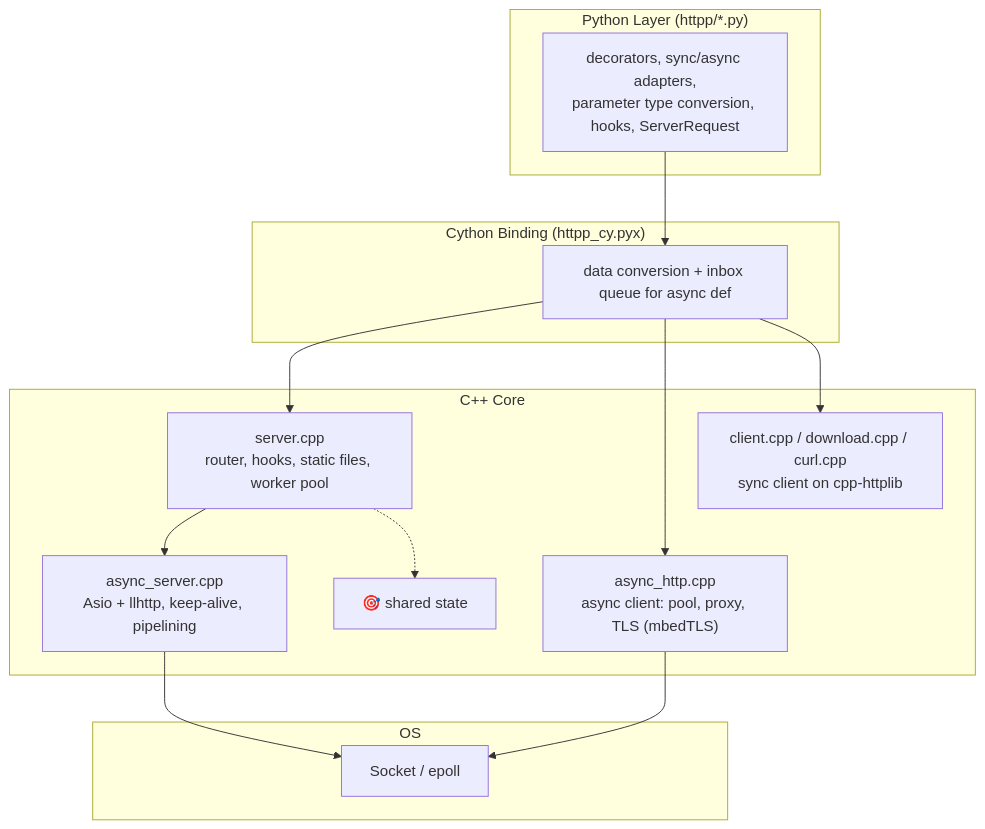
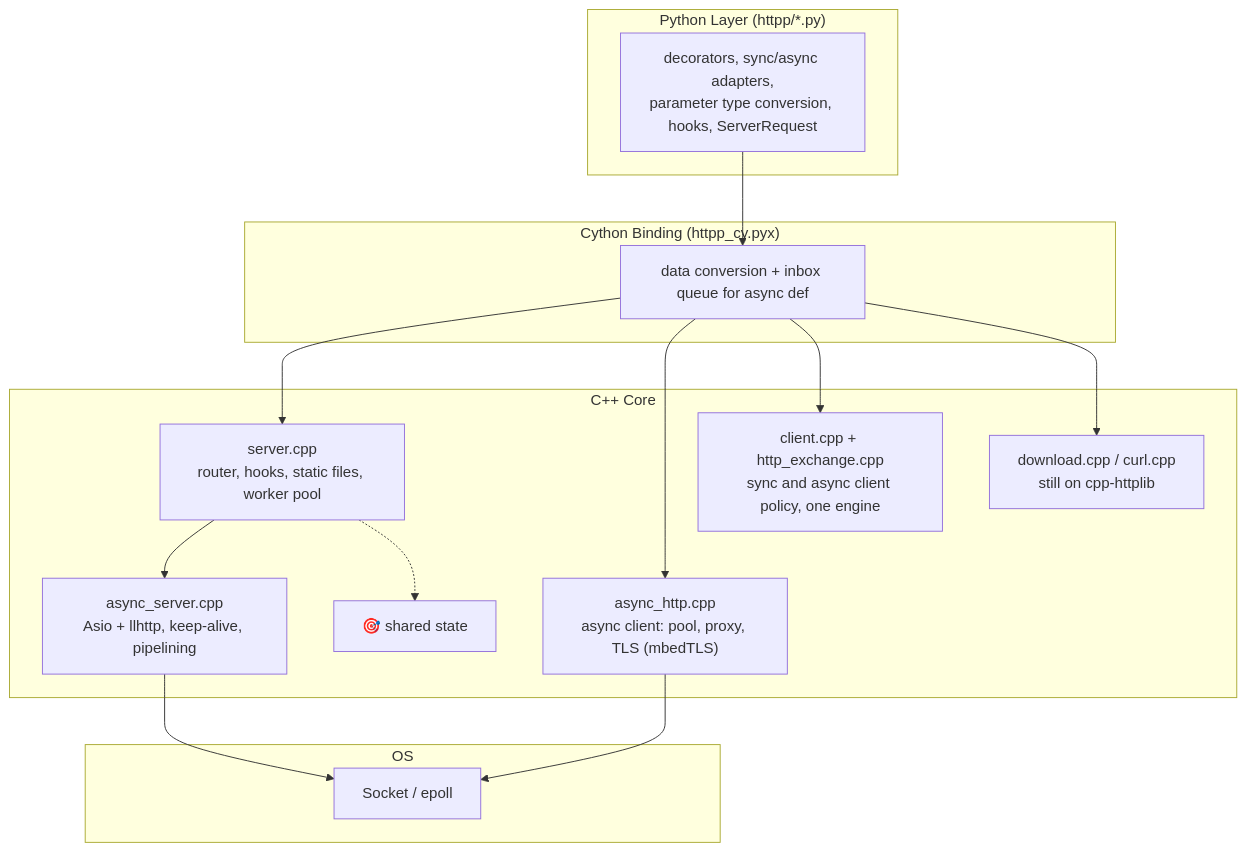
One commit to MohammadRaziei/httpp changed the first of 6 diagrams in docs/Architecture.md. Above: the diagram before and after it, drawn with Mermaid. The commit also changed other lines of this file and 17 other files, not shown here.

First line of the commit message:
feat: Migrate blocking client engine to async policy layer and retire cpp-httplib dependency

````diff
--- a/docs/Architecture.md
+++ b/docs/Architecture.md
@@ -61,31 +61,33 @@
 ```mermaid
 graph TB
     subgraph "Python Layer (httpp/*.py)"
         PY["decorators, sync/async adapters,<br/>parameter type conversion, hooks, ServerRequest"]
     end
 
     subgraph "Cython Binding (httpp_cy.pyx)"
         BIND["data conversion + inbox queue for async def"]
     end
 
     subgraph "C++ Core"
         SRV["server.cpp<br/>router, hooks, static files, worker pool"]
         ENG["async_server.cpp<br/>Asio + llhttp, keep-alive, pipelining"]
         ACLI["async_http.cpp<br/>async client: pool, proxy, TLS (mbedTLS)"]
-        SCLI["client.cpp / download.cpp / curl.cpp<br/>sync client on cpp-httplib"]
+        SCLI["client.cpp + http_exchange.cpp<br/>sync and async client policy, one engine"]
+        DLD["download.cpp / curl.cpp<br/>still on cpp-httplib"]
         SHM["🎯 shared state"]
     end
 
     subgraph "OS"
         SOCK["Socket / epoll"]
     end
 
     PY --> BIND
     BIND --> SRV
     BIND --> ACLI
     BIND --> SCLI
+    BIND --> DLD
     SRV --> ENG
     ENG --> SOCK
     ACLI --> SOCK
     SRV -.-> SHM
 ```
````
